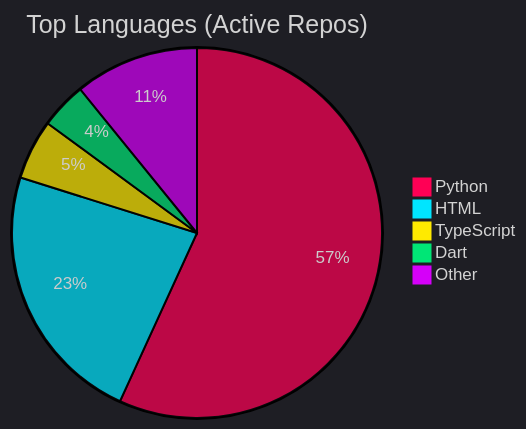
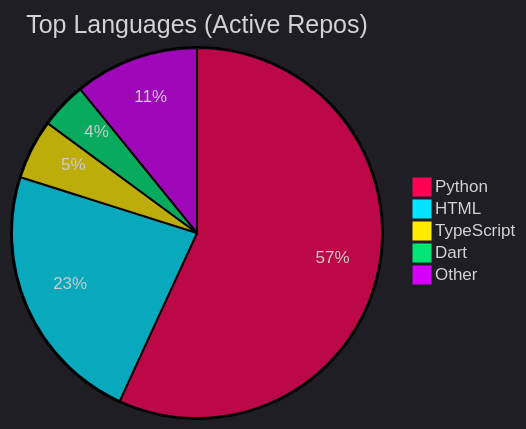
The diagram in README.md (Nzettodess/Nzettodess), drawn with Mermaid before and after one commit. The commit also changed other lines of this file, not shown here.

Commit message:
Update recent activity [skip ci]

````diff
--- a/README.md
+++ b/README.md
@@ -35,9 +35,9 @@
 ```mermaid
 %%{init: {'theme': 'dark', 'themeVariables': { 'pie1': '#FF0055', 'pie2': '#00E5FF', 'pie3': '#FFEA00', 'pie4': '#00E676', 'pie5': '#D500F9' }}}%%
 pie title Top Languages (Active Repos)
-    "Python" : 56.83
-    "HTML" : 23.02
-    "TypeScript" : 5.23
+    "Python" : 56.86
+    "HTML" : 23.01
+    "TypeScript" : 5.22
     "Dart" : 4.06
-    "Other" : 10.86
+    "Other" : 10.85
 ```
````
